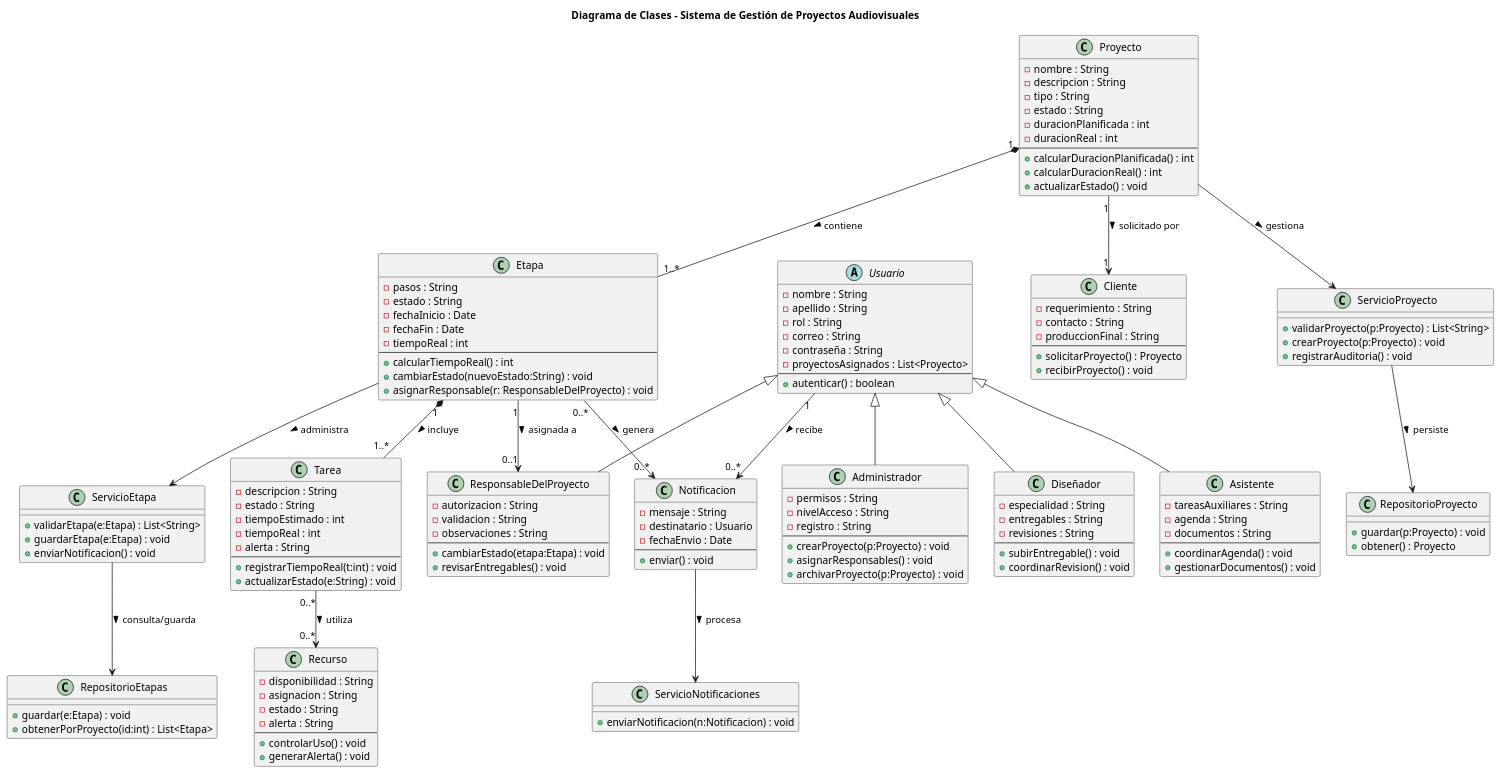
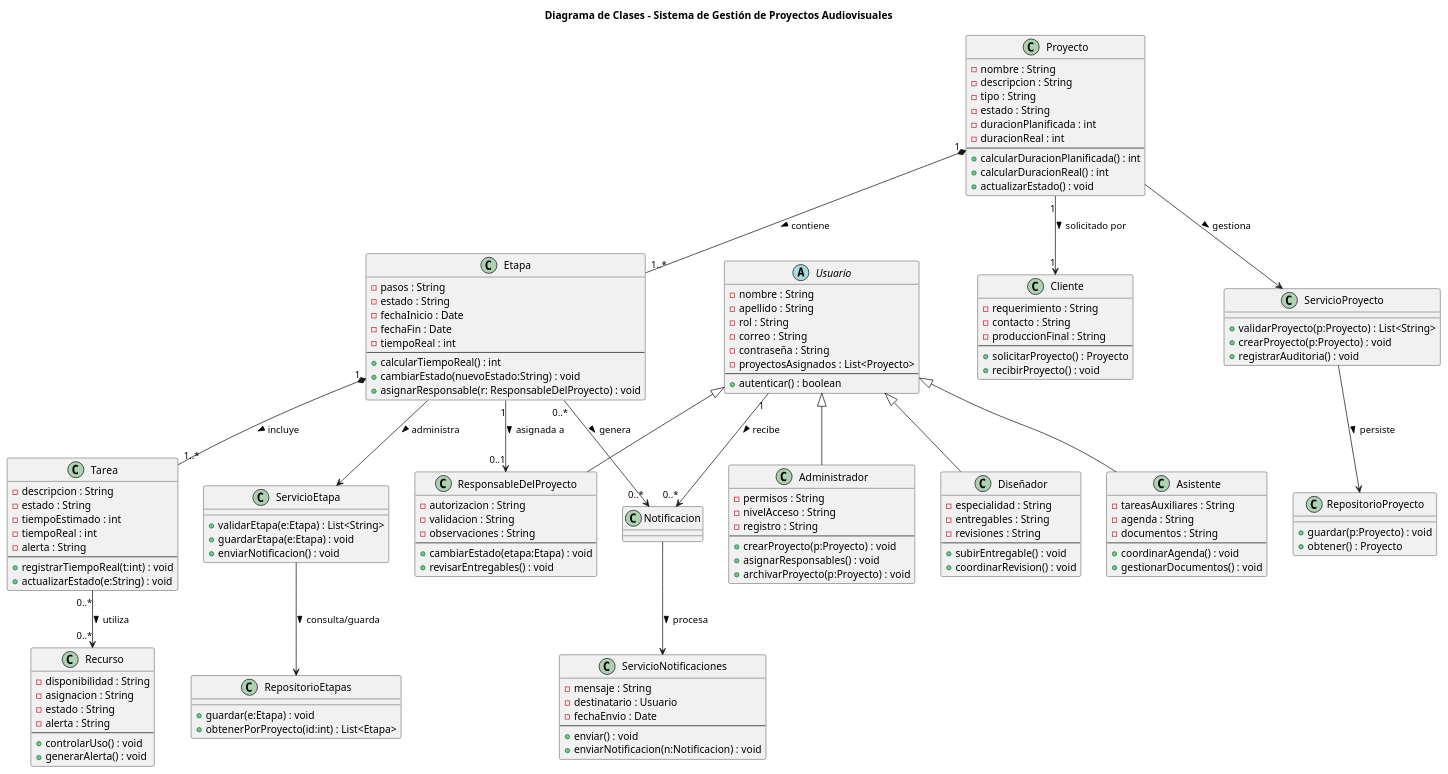
Before and after one commit to GonzaloBarbano/SistemaProductoraVideos: the diagram in diagramas/01-diagrama-clases/01-diagrama-clases-final.puml, drawn with PlantUML. The commit also changed 27 other files, not shown here.

```diff
--- a/diagramas/01-diagrama-clases/01-diagrama-clases-final.puml
+++ b/diagramas/01-diagrama-clases/01-diagrama-clases-final.puml
@@ -1,180 +1,180 @@
 @startuml
 title Diagrama de Clases - Sistema de Gestión de Proyectos Audiovisuales
 
 '==========================
 '        CLASES BASE
 '==========================
 
 class Proyecto {
     - nombre : String
     - descripcion : String
     - tipo : String
     - estado : String
     - duracionPlanificada : int
     - duracionReal : int
     --
     + calcularDuracionPlanificada() : int
     + calcularDuracionReal() : int
     + actualizarEstado() : void
 }
 
 class Etapa {
     - pasos : String
     - estado : String
     - fechaInicio : Date
     - fechaFin : Date
     - tiempoReal : int
     --
     + calcularTiempoReal() : int
     + cambiarEstado(nuevoEstado:String) : void
     + asignarResponsable(r: ResponsableDelProyecto) : void
 }
 
 class Tarea {
     - descripcion : String
     - estado : String
     - tiempoEstimado : int
     - tiempoReal : int
     - alerta : String
     --
     + registrarTiempoReal(t:int) : void
     + actualizarEstado(e:String) : void
 }
 
 class Recurso {
     - disponibilidad : String
     - asignacion : String
     - estado : String
     - alerta : String
     --
     + controlarUso() : void
     + generarAlerta() : void
 }
 
-class Notificacion {
+class ServicioNotificaciones {
     - mensaje : String
     - destinatario : Usuario
     - fechaEnvio : Date
     --
     + enviar() : void
 }
 
 '==========================
 '        USUARIOS
 '==========================
 
 abstract class Usuario {
     - nombre : String
     - apellido : String
     - rol : String
     - correo : String
     - contraseña : String
     - proyectosAsignados : List<Proyecto>
     --
     + autenticar() : boolean
 }
 
 class Administrador {
     - permisos : String
     - nivelAcceso : String
     - registro : String
     --
     + crearProyecto(p:Proyecto) : void
     + asignarResponsables() : void
     + archivarProyecto(p:Proyecto) : void
 }
 
 class Diseñador {
     - especialidad : String
     - entregables : String
     - revisiones : String
     --
     + subirEntregable() : void
     + coordinarRevision() : void
 }
 
 class ResponsableDelProyecto {
     - autorizacion : String
     - validacion : String
     - observaciones : String
     --
     + cambiarEstado(etapa:Etapa) : void
     + revisarEntregables() : void
 }
 
 class Asistente {
     - tareasAuxiliares : String
     - agenda : String
     - documentos : String
     --
     + coordinarAgenda() : void
     + gestionarDocumentos() : void
 }
 
 class Cliente {
     - requerimiento : String
     - contacto : String
     - produccionFinal : String
     --
     + solicitarProyecto() : Proyecto
     + recibirProyecto() : void
 }
 
 Usuario <|-- Administrador
 Usuario <|-- Diseñador
 Usuario <|-- ResponsableDelProyecto
 Usuario <|-- Asistente
 
 '==========================
 '    RELACIONES PRINCIPALES
 '==========================
 
 Proyecto "1" *-- "1..*" Etapa : contiene >
 Etapa "1" *-- "1..*" Tarea : incluye >
 Etapa "1" --> "0..1" ResponsableDelProyecto : asignada a >
 Proyecto "1" --> "1" Cliente : solicitado por >
 Tarea "0..*" --> "0..*" Recurso : utiliza >
 Etapa "0..*" --> "0..*" Notificacion : genera >
 
 Usuario "1" --> "0..*" Notificacion : recibe >
 
 '==========================
 '  SERVICIOS Y REPOSITORIOS
 '==========================
 
 class ServicioProyecto {
     + validarProyecto(p:Proyecto) : List<String>
     + crearProyecto(p:Proyecto) : void
     + registrarAuditoria() : void
 }
 
 class ServicioEtapa {
     + validarEtapa(e:Etapa) : List<String>
     + guardarEtapa(e:Etapa) : void
     + enviarNotificacion() : void
 }
 
 class ServicioNotificaciones {
     + enviarNotificacion(n:Notificacion) : void
 }
 
 class RepositorioProyecto {
     + guardar(p:Proyecto) : void
     + obtener() : Proyecto
 }
 
 class RepositorioEtapas {
     + guardar(e:Etapa) : void
     + obtenerPorProyecto(id:int) : List<Etapa>
 }
 
 '=== RELACIONES CON MULTIPLICIDAD Y DESCRIPCIÓN ===
 
 Proyecto --> ServicioProyecto : gestiona >
 Etapa --> ServicioEtapa : administra >
 Notificacion --> ServicioNotificaciones : procesa >
 
 ServicioProyecto --> RepositorioProyecto : persiste >
 ServicioEtapa --> RepositorioEtapas : consulta/guarda >
 
 @enduml
```
